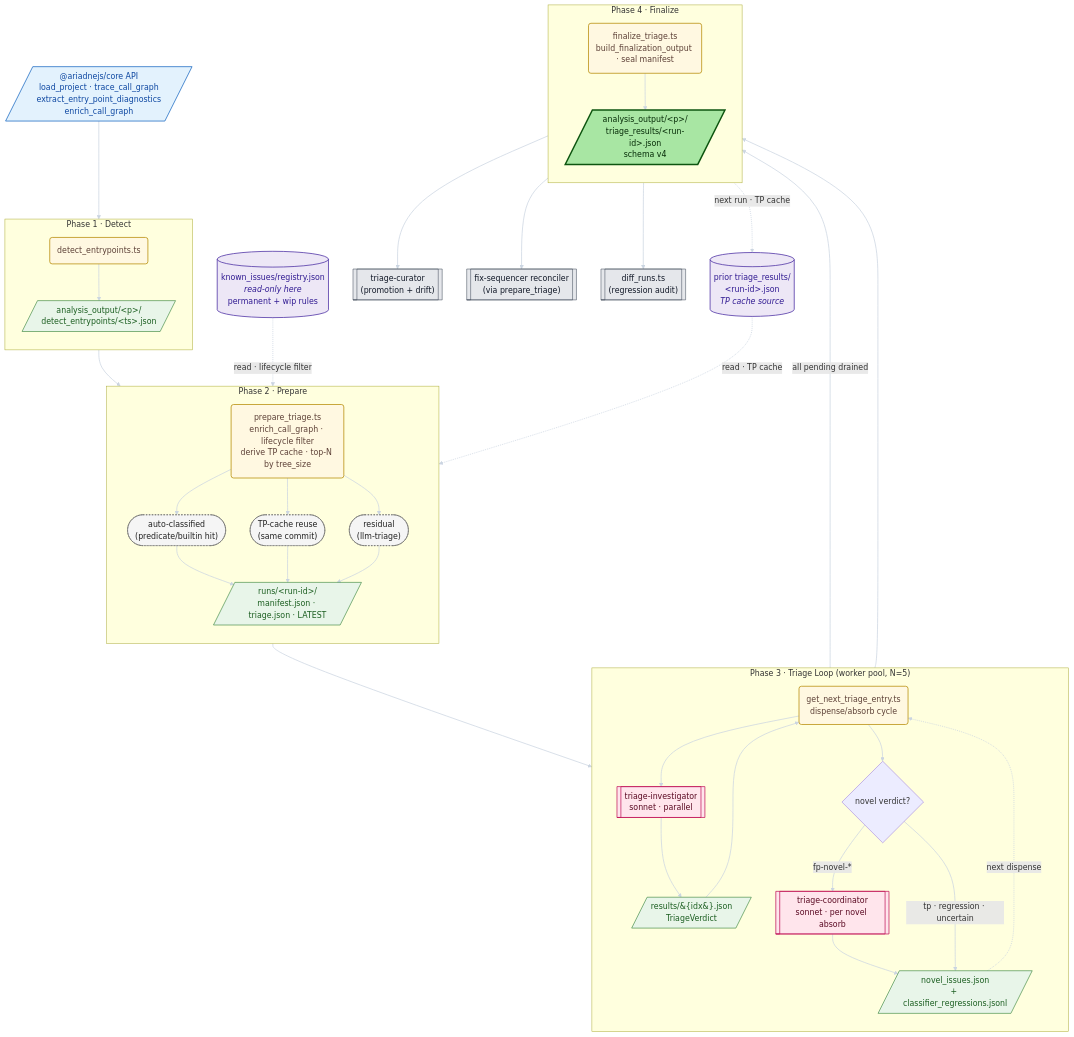
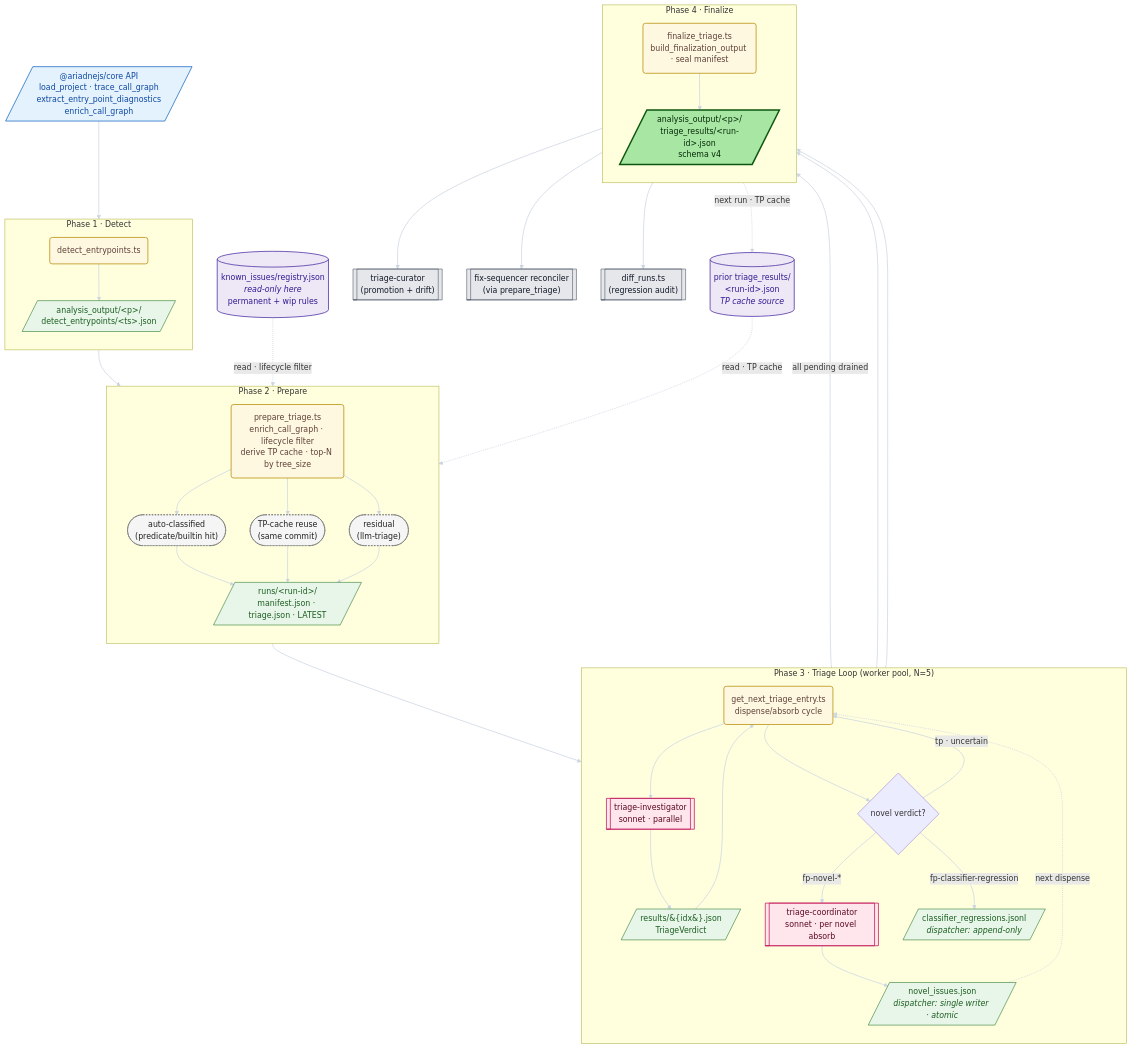
Before and after one commit to CRJFisher/ariadne: the second of 2 diagrams in .claude/skills/triage-entrypoints/README.md, drawn with Mermaid. The commit also changed other lines of this file and 4 other files, not shown here.

First line of the commit message:
docs(190.19.10): align curator + triage-entrypoints READMEs and lifecycle doc with v4 architecture

```diff
--- a/.claude/skills/triage-entrypoints/README.md
+++ b/.claude/skills/triage-entrypoints/README.md
@@ -81,7 +81,8 @@
     A3[/"results/&#123;idx&#125;.json<br/>TriageVerdict"/]:::artifact
     BR{novel verdict?}:::branch
     AG_CO[["triage-coordinator<br/>sonnet · per novel absorb"]]:::agent
-    NI[/"novel_issues.json<br/>+ classifier_regressions.jsonl"/]:::artifact
+    NI[/"novel_issues.json<br/><i>dispatcher: single writer · atomic</i>"/]:::artifact
+    CR[/"classifier_regressions.jsonl<br/><i>dispatcher: append-only</i>"/]:::artifact
   end
 
   subgraph P4["Phase 4 · Finalize"]
@@ -111,10 +112,12 @@
   A3 --> S3
   S3 --> BR
   BR -- "fp-novel-*" --> AG_CO --> NI
-  BR -- "tp · regression · uncertain" --> NI
+  BR -- "fp-classifier-regression" --> CR
+  BR -- "tp · uncertain" --> S3
   NI -. "next dispense" .-> S3
   S3 -- "all pending drained" --> S5
   NI --> S5
+  CR --> S5
   S5 --> PUB
 
   PUB --> CUR
```
